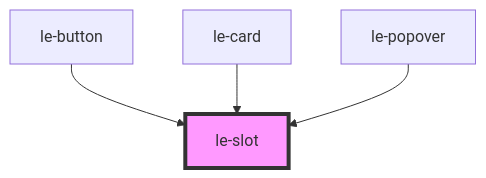
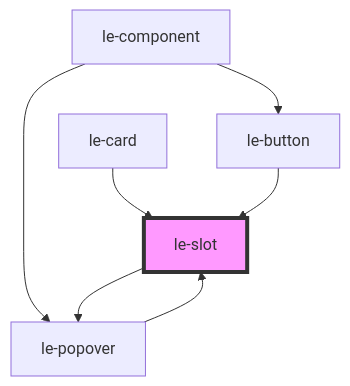
Before and after one commit to leechy/le-kit: the diagram in src/components/le-slot/readme.md, drawn with Mermaid. The commit also changed other lines of this file and 9 other files, not shown here.

First line of the commit message:
feat(le-slot): add component picker for slot dropzones

````diff
--- a/src/components/le-slot/readme.md
+++ b/src/components/le-slot/readme.md
@@ -55,7 +59,10 @@
 ```mermaid
 graph TD;
+  le-slot --> le-popover
+  le-popover --> le-slot
+  le-component --> le-popover
+  le-component --> le-button
   le-button --> le-slot
   le-card --> le-slot
-  le-popover --> le-slot
   style le-slot fill:#f9f,stroke:#333,stroke-width:4px
 ```
````
